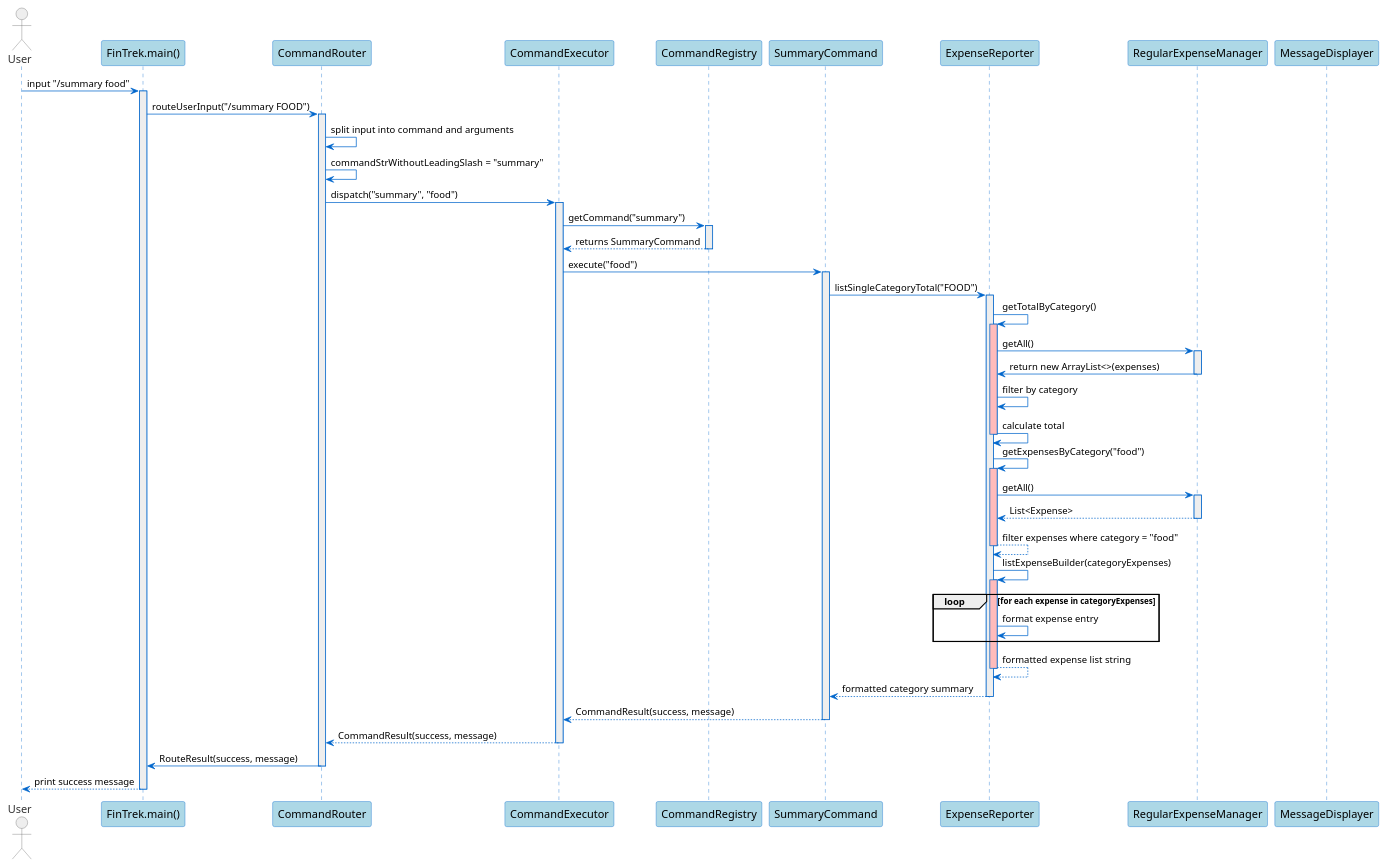
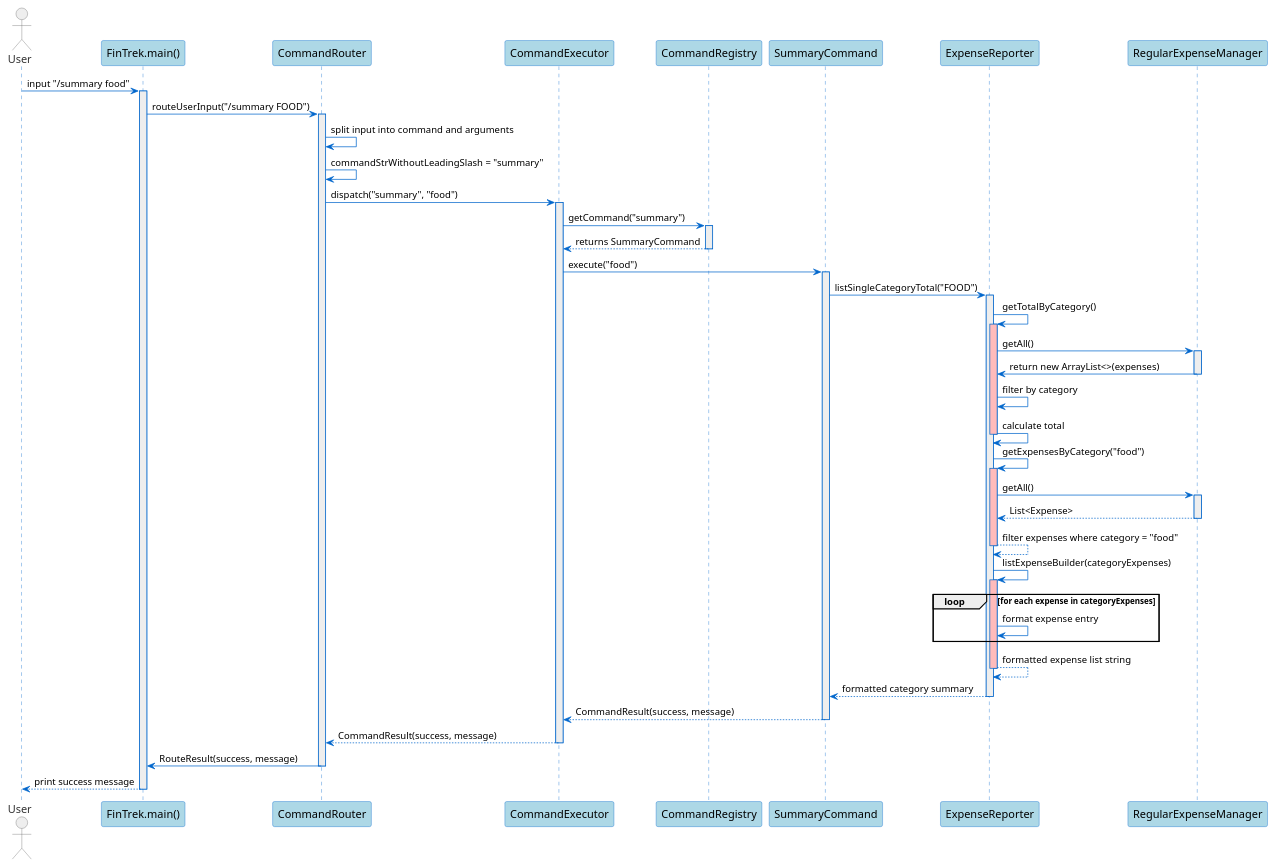
Before and after one commit to randust/tp: the diagram in docs/diagrams/SummarySequenceDiagram.puml, drawn with PlantUML. The commit also changed 1 other file, not shown here.

Commit message:
Edit Summary Sequence Diagram

```diff
--- a/docs/diagrams/SummarySequenceDiagram.puml
+++ b/docs/diagrams/SummarySequenceDiagram.puml
@@ -1,107 +1,106 @@
 @startuml
 skinparam sequence {
   ArrowColor #0066CC
   LifeLineBorderColor #0066CC
   LifeLineBackgroundColor #EEEEEE
 
   ParticipantBorderColor #0066CC
   ParticipantBackgroundColor #ADD8E6
   ParticipantFontColor #000000
   ParticipantFontSize 15
 
   ActorBorderColor #666666
   ActorBackgroundColor #EEEEEE
   ActorFontColor #333333
   ActorFontSize 15
 }
 
 skinparam note {
   BackgroundColor #FFE9B3
   BorderColor #E8C174
 }
 
 actor "User" as user
 participant "FinTrek.main()" as FT
 participant "CommandRouter" as router
 participant "CommandExecutor" as executor
 participant "CommandRegistry" as registry
 participant "SummaryCommand" as SC
 participant "ExpenseReporter" as ER
 participant "RegularExpenseManager" as REM
-participant "MessageDisplayer" as MD
 
 user -> FT: input "/summary food"
 activate FT
 
 FT -> router: routeUserInput("/summary FOOD")
 activate router
 
 router -> router: split input into command and arguments
 router -> router: commandStrWithoutLeadingSlash = "summary"
 
 router -> executor: dispatch("summary", "food")
 activate executor
 
 executor -> registry: getCommand("summary")
 activate registry
 
 registry --> executor: returns SummaryCommand
 deactivate registry
 
 executor -> SC: execute("food")
 activate SC
 
 SC -> ER: listSingleCategoryTotal("FOOD")
 activate ER
 
 ER -> ER: getTotalByCategory()
 activate ER #FFBBBB
 
 ER -> REM: getAll()
 activate REM
 
 REM -> ER: return new ArrayList<>(expenses)
 deactivate REM
 
 ER -> ER: filter by category
 ER -> ER: calculate total
 deactivate ER
 
 ER -> ER: getExpensesByCategory("food")
 activate ER #FFBBBB
 
 ER -> REM: getAll()
 activate REM
 
 REM --> ER: List<Expense>
 deactivate REM
 
 ER --> ER: filter expenses where category = "food"
 deactivate ER
 
 ER -> ER: listExpenseBuilder(categoryExpenses)
 activate ER #FFBBBB
 
 loop for each expense in categoryExpenses
 ER -> ER: format expense entry
 end
 
 ER --> ER: formatted expense list string
 deactivate ER
 
 ER --> SC: formatted category summary
 deactivate ER
 
 SC --> executor: CommandResult(success, message)
 deactivate SC
 
 executor --> router: CommandResult(success, message)
 deactivate executor
 
 router -> FT: RouteResult(success, message)
 deactivate router
 
 FT --> user: print success message
 deactivate FT
 
 @enduml
```
